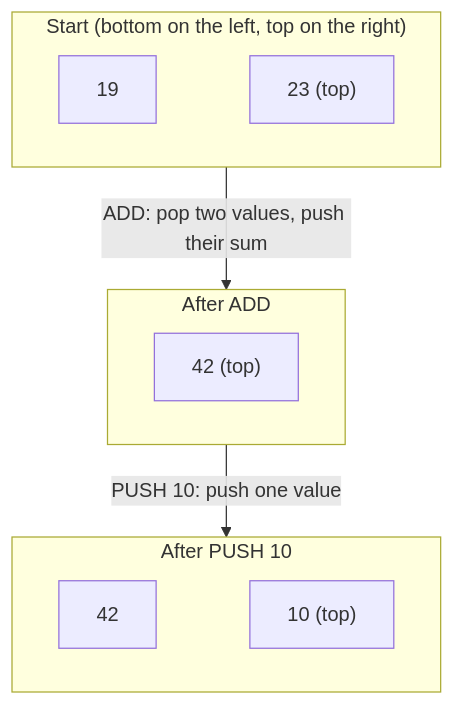
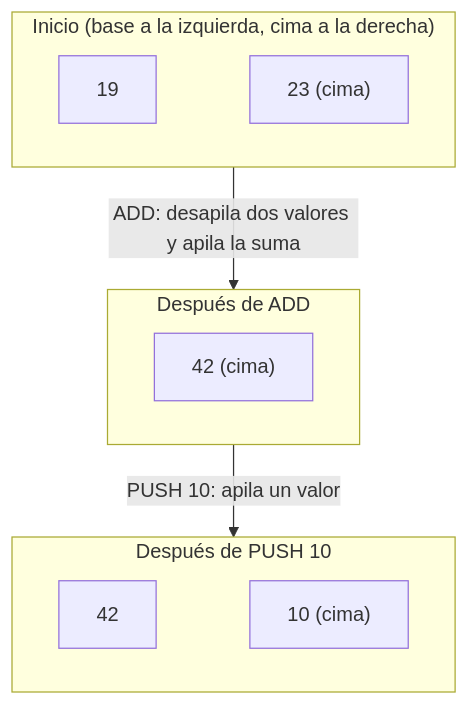
Before and after one commit to dullroar/aprende-a-programar-como-un-bicho-raro: the diagram in lessons/cs-source/concepts/stack-machine.md, drawn with Mermaid. The commit also changed other lines of this file and 42 other files, not shown here.

````diff
--- a/lessons/cs-source/concepts/stack-machine.md
+++ b/lessons/cs-source/concepts/stack-machine.md
@@ -8,19 +8,19 @@
 ```mermaid
 flowchart TB
-    accTitle: Stack machines compute by pushing and popping values at the top of a LIFO stack
-    accDescr: Three snapshots of a stack, top to bottom, each drawn from the stack's bottom on the left to its top on the right. At the start the stack holds 19 with 23 on top. The instruction ADD pops the top two values and pushes their sum, so the stack holds only 42. Then PUSH 10 puts 10 on top, and the stack holds 42 with 10 on top. Every step touches only the top of the stack, and no instruction names a location.
-    subgraph S1["Start (bottom on the left, top on the right)"]
+    accTitle: Las máquinas de pila calculan al apilar y desapilar valores en la cima de una pila LIFO: lo último en entrar sale primero
+    accDescr: Tres vistas de una pila, de arriba abajo, cada una con la base a la izquierda y la cima a la derecha. Al principio la pila contiene 19 con 23 en la cima. La instrucción ADD desapila los dos valores de la cima y apila su suma. La pila queda solo con 42. Luego PUSH 10 pone 10 en la cima. La pila contiene 42 con 10 en la cima. Cada paso solo toca la cima de la pila y ninguna instrucción nombra una posición.
+    subgraph S1["Inicio (base a la izquierda, cima a la derecha)"]
         direction LR
-        a1["19"] ~~~ a2["23 (top)"]
+        a1["19"] ~~~ a2["23 (cima)"]
     end
-    subgraph S2["After ADD"]
+    subgraph S2["Después de ADD"]
         direction LR
-        b1["42 (top)"]
+        b1["42 (cima)"]
     end
-    subgraph S3["After PUSH 10"]
+    subgraph S3["Después de PUSH 10"]
         direction LR
-        c1["42"] ~~~ c2["10 (top)"]
+        c1["42"] ~~~ c2["10 (cima)"]
     end
-    S1 -->|"ADD: pop two values, push their sum"| S2
-    S2 -->|"PUSH 10: push one value"| S3
+    S1 -->|"ADD: desapila dos valores y apila la suma"| S2
+    S2 -->|"PUSH 10: apila un valor"| S3
 ```
````
